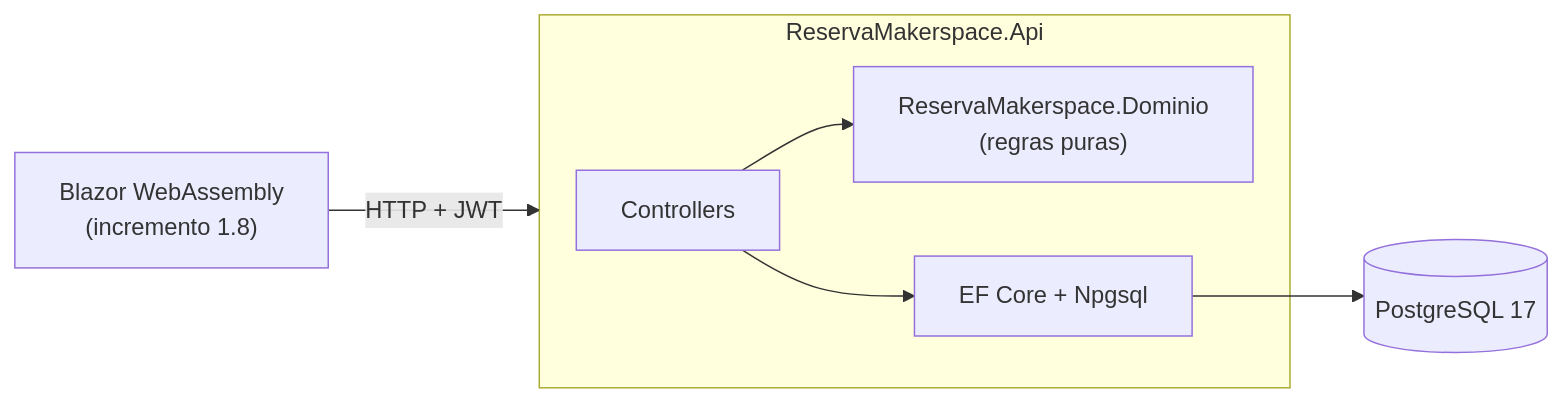
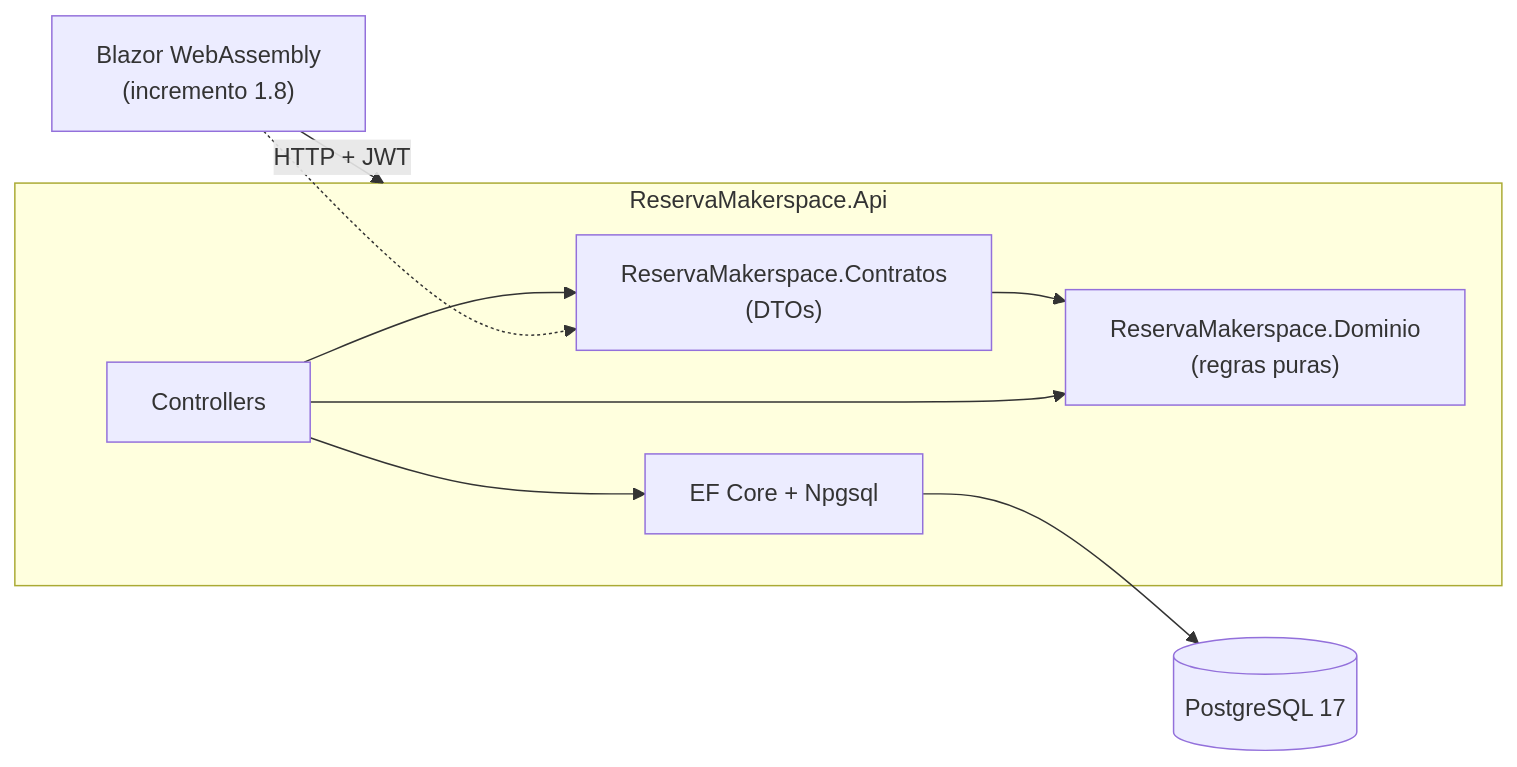
Before and after one commit to Deive25/reserva-makerspace: the diagram in README.md, drawn with Mermaid. The commit also changed other lines of this file and 3 other files, not shown here.

````diff
--- a/README.md
+++ b/README.md
@@ -40,9 +48,12 @@
 ```mermaid
 flowchart LR
     Web["Blazor WebAssembly<br/>(incremento 1.8)"] -->|HTTP + JWT| Api
+    Web -.-> Contratos["ReservaMakerspace.Contratos<br/>(DTOs)"]
     subgraph Api["ReservaMakerspace.Api"]
         Controllers --> Dominio["ReservaMakerspace.Dominio<br/>(regras puras)"]
+        Controllers --> Contratos
         Controllers --> EF["EF Core + Npgsql"]
     end
+    Contratos --> Dominio
     EF --> PG[("PostgreSQL 17")]
 ```
````
